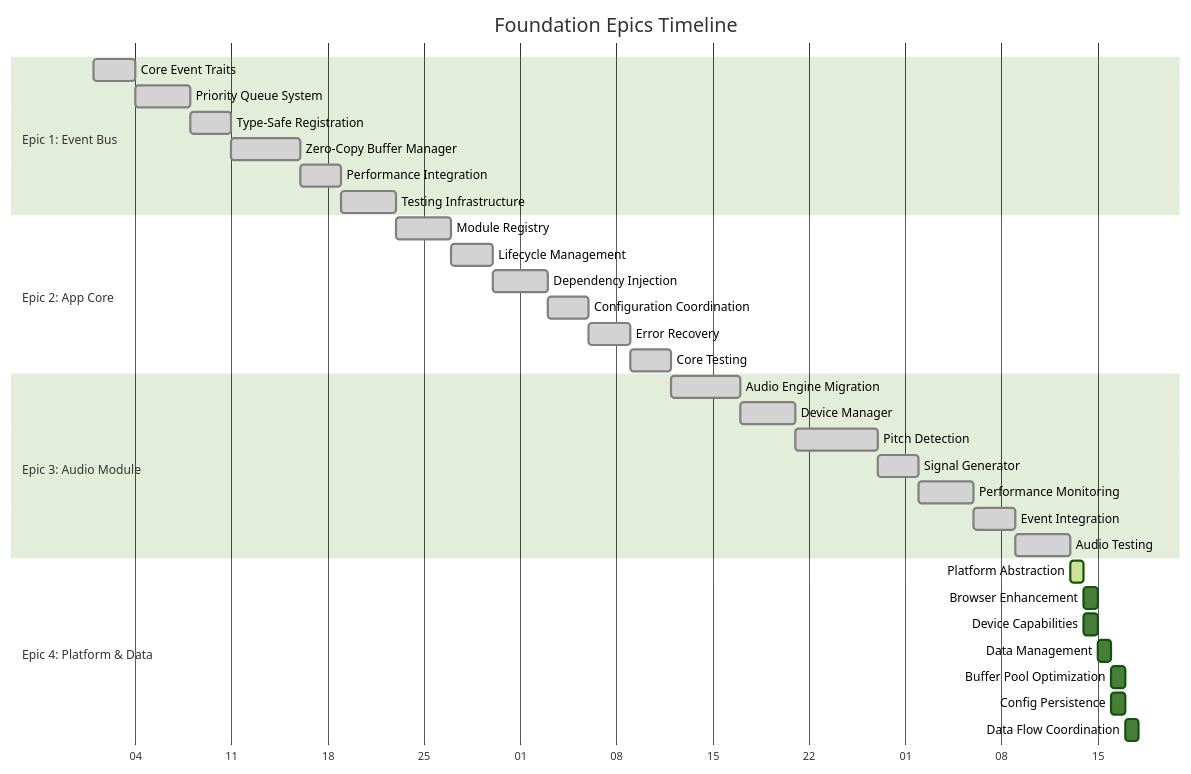
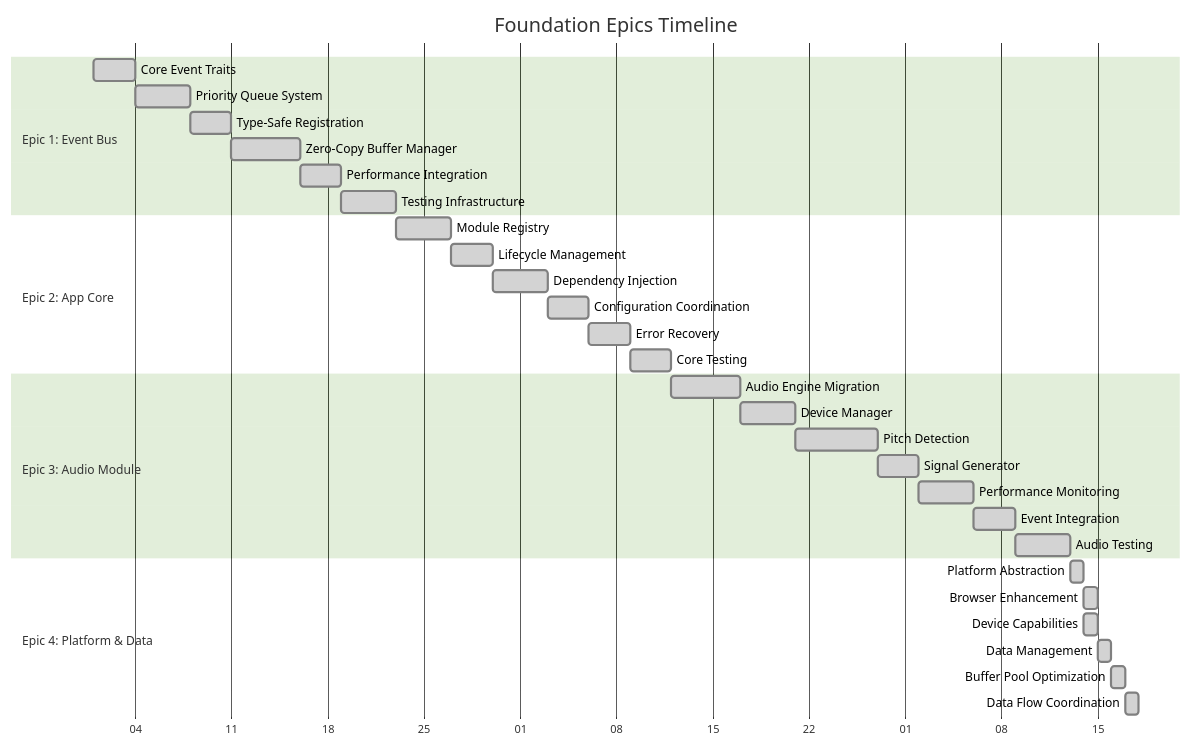
The diagram in docs/epics/modular-architecture-foundation-epics.md (mandersson1024/intonation-toy), drawn with Mermaid (forest theme) before and after one commit. The commit also changed other lines of this file and 2 other files, not shown here.

````diff
--- a/docs/epics/modular-architecture-foundation-epics.md
+++ b/docs/epics/modular-architecture-foundation-epics.md
@@ -159,40 +156,39 @@
 ```mermaid
 gantt
     title Foundation Epics Timeline
     dateFormat X
     axisFormat %d
 
     section Epic 1: Event Bus
     Core Event Traits           :done, e1s1, 0, 3d
     Priority Queue System       :done, e1s2, after e1s1, 4d
     Type-Safe Registration      :done, e1s3, after e1s2, 3d
     Zero-Copy Buffer Manager    :done, e1s4, after e1s3, 5d
     Performance Integration     :done, e1s5, after e1s4, 3d
     Testing Infrastructure      :done, e1s6, after e1s5, 4d
 
     section Epic 2: App Core
     Module Registry             :done, e2s1, after e1s6, 4d
     Lifecycle Management        :done, e2s2, after e2s1, 3d
     Dependency Injection        :done, e2s3, after e2s2, 4d
     Configuration Coordination  :done, e2s4, after e2s3, 3d
     Error Recovery              :done, e2s5, after e2s4, 3d
     Core Testing                :done, e2s6, after e2s5, 3d
 
     section Epic 3: Audio Module
     Audio Engine Migration      :done, e3s1, after e2s6, 5d
     Device Manager              :done, e3s2, after e3s1, 4d
     Pitch Detection             :done, e3s3, after e3s2, 6d
     Signal Generator            :done, e3s4, after e3s3, 3d
     Performance Monitoring      :done, e3s5, after e3s4, 4d
     Event Integration           :done, e3s6, after e3s5, 3d
     Audio Testing               :done, e3s7, after e3s6, 4d
 
     section Epic 4: Platform & Data
-    Platform Abstraction        :active, e4s1, after e3s7, 1d
-    Browser Enhancement         :e4s2, after e4s1, 1d
-    Device Capabilities         :e4s3, after e4s1, 1d
-    Data Management             :e4s4, after e4s2, 1d
-    Buffer Pool Optimization    :e4s5, after e4s4, 1d
-    Config Persistence          :e4s6, after e4s4, 1d
-    Data Flow Coordination      :e4s7, after e4s5, 1d
+    Platform Abstraction        :done, e4s1, after e3s7, 1d
+    Browser Enhancement         :done, e4s2, after e4s1, 1d
+    Device Capabilities         :done, e4s3, after e4s1, 1d
+    Data Management             :done, e4s4, after e4s2, 1d
+    Buffer Pool Optimization    :done, e4s5, after e4s4, 1d
+    Data Flow Coordination      :done, e4s6, after e4s5, 1d
 ```
````
